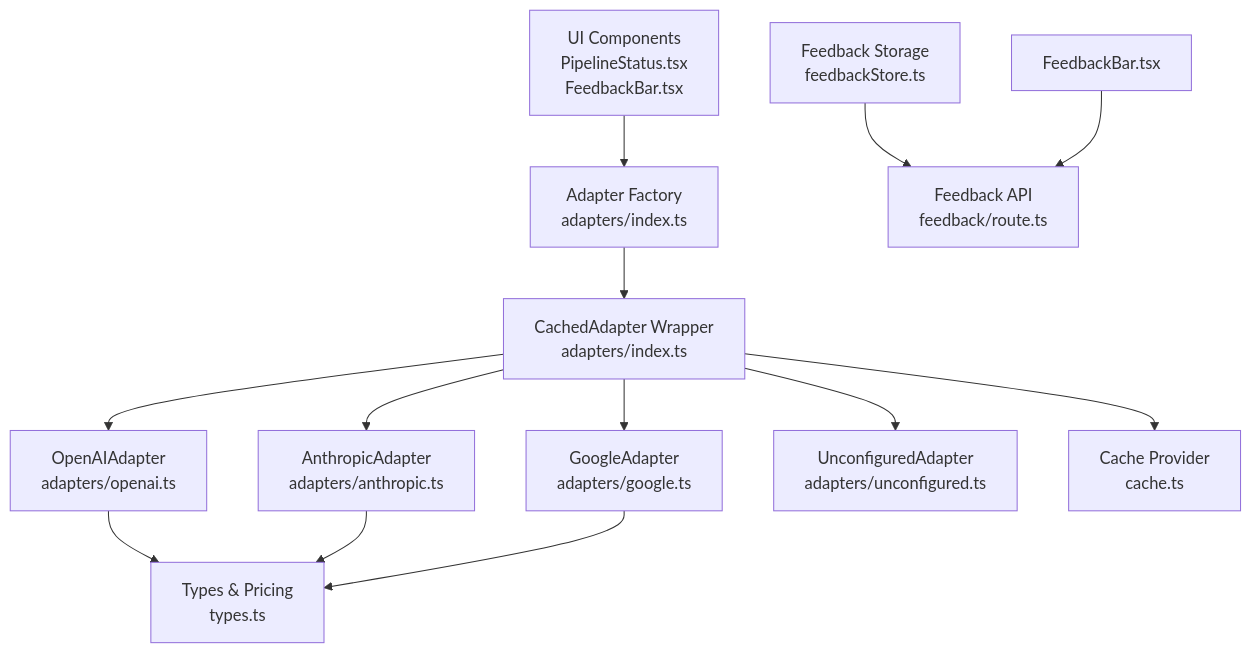
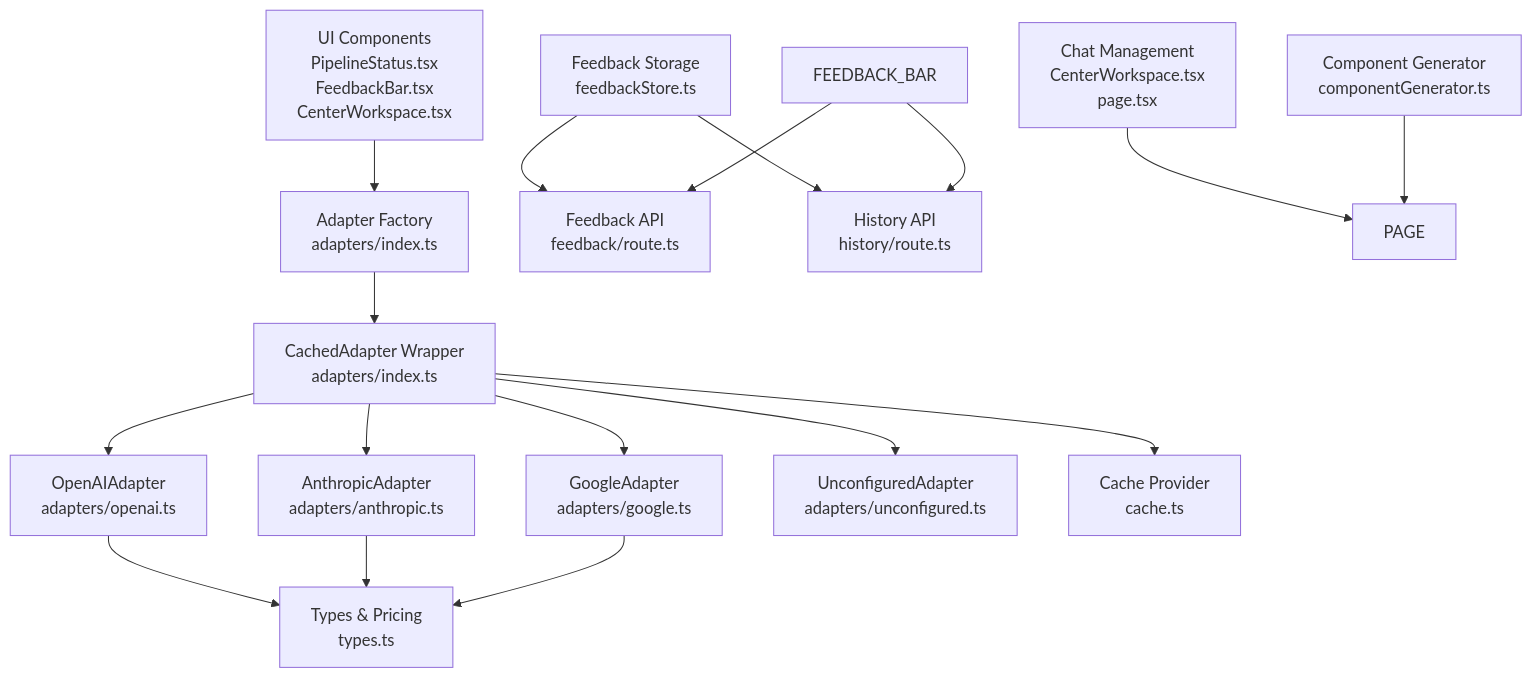
The second of 7 diagrams in .qoder/repowiki/en/content/Architecture & Design/Design Patterns/Design Patterns.md (shekhargiri005-dotcom/AI-powered-accessibility-first-UI-engine), drawn with Mermaid before and after one commit. The commit also changed other lines of this file and 71 other files, not shown here.

````diff
--- a/.qoder/repowiki/en/content/Architecture & Design/Design Patterns/Design Patterns.md
+++ b/.qoder/repowiki/en/content/Architecture & Design/Design Patterns/Design Patterns.md
@@ -129,26 +151,33 @@
 ```mermaid
 graph TB
-UI["UI Components<br/>PipelineStatus.tsx<br/>FeedbackBar.tsx"]
+UI["UI Components<br/>PipelineStatus.tsx<br/>FeedbackBar.tsx<br/>CenterWorkspace.tsx"]
 FACTORY["Adapter Factory<br/>adapters/index.ts"]
 CACHE["CachedAdapter Wrapper<br/>adapters/index.ts"]
 OPENAI["OpenAIAdapter<br/>adapters/openai.ts"]
 ANTH["AnthropicAdapter<br/>adapters/anthropic.ts"]
 GOOGLE["GoogleAdapter<br/>adapters/google.ts"]
 UNCONF["UnconfiguredAdapter<br/>adapters/unconfigured.ts"]
 TYPES["Types & Pricing<br/>types.ts"]
 CACHEPROV["Cache Provider<br/>cache.ts"]
 FEEDBACK_STORE["Feedback Storage<br/>feedbackStore.ts"]
 FEEDBACK_API["Feedback API<br/>feedback/route.ts"]
+HISTORY_API["History API<br/>history/route.ts"]
+CHAT["Chat Management<br/>CenterWorkspace.tsx<br/>page.tsx"]
+COMP_GEN["Component Generator<br/>componentGenerator.ts"]
 UI --> FACTORY
 FACTORY --> CACHE
 CACHE --> OPENAI
 CACHE --> ANTH
 CACHE --> GOOGLE
 CACHE --> UNCONF
 OPENAI --> TYPES
 ANTH --> TYPES
 GOOGLE --> TYPES
 CACHE --> CACHEPROV
 FEEDBACK_STORE --> FEEDBACK_API
-FEEDBACK_BAR["FeedbackBar.tsx"] --> FEEDBACK_API
+FEEDBACK_STORE --> HISTORY_API
+FEEDBACK_BAR --> FEEDBACK_API
+FEEDBACK_BAR --> HISTORY_API
+CHAT --> PAGE
+COMP_GEN --> PAGE
 ```
````
